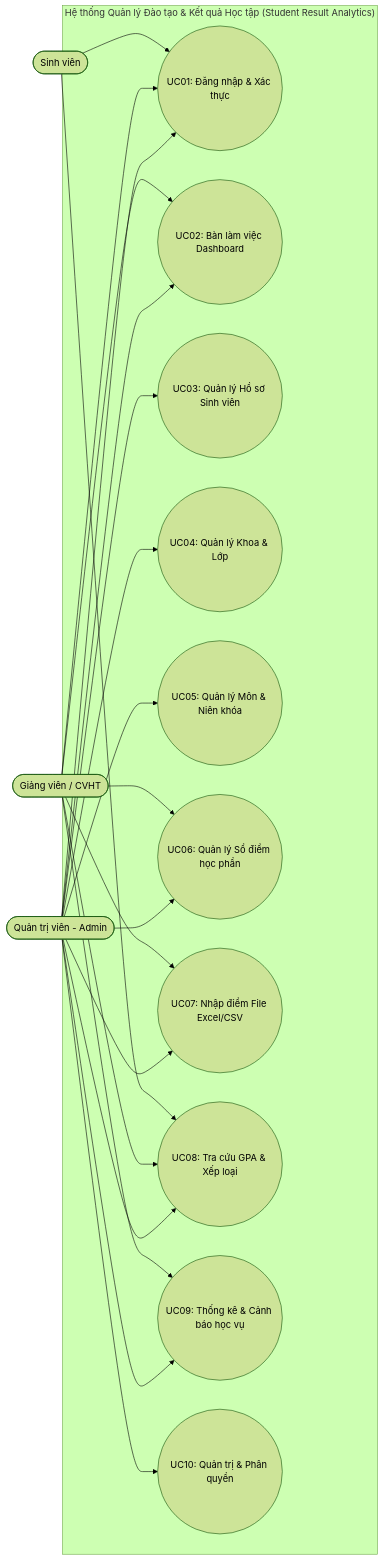
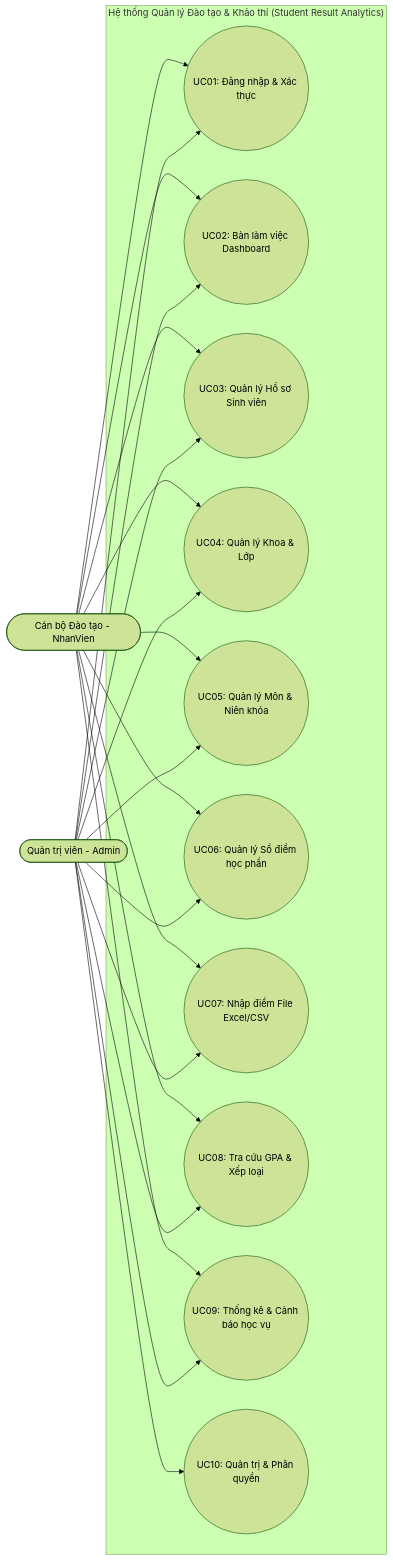
The first of 16 diagrams in BAO_CAO_BAI_TAP_LON_STUDENT_RESULT_ANALYTICS.md (ngthanhs1/STUDENT_RESULT_ANALYTICS), drawn with Mermaid (forest theme) before and after one commit. The commit also changed other lines of this file and 3 other files, not shown here.

````diff
--- a/BAO_CAO_BAI_TAP_LON_STUDENT_RESULT_ANALYTICS.md
+++ b/BAO_CAO_BAI_TAP_LON_STUDENT_RESULT_ANALYTICS.md
@@ -317,40 +317,39 @@
 ```mermaid
 flowchart LR
     Admin([Quản trị viên - Admin])
-    Lecturer([Giảng viên / CVHT])
-    Student([Sinh viên])
+    Staff([Cán bộ Đào tạo - NhanVien])
 
-    subgraph System ["Hệ thống Quản lý Đào tạo & Kết quả Học tập (Student Result Analytics)"]
+    subgraph System ["Hệ thống Quản lý Đào tạo & Khảo thí (Student Result Analytics)"]
         UC01((UC01: Đăng nhập & Xác thực))
         UC02((UC02: Bàn làm việc Dashboard))
         UC03((UC03: Quản lý Hồ sơ Sinh viên))
         UC04((UC04: Quản lý Khoa & Lớp))
         UC05((UC05: Quản lý Môn & Niên khóa))
         UC06((UC06: Quản lý Sổ điểm học phần))
         UC07((UC07: Nhập điểm File Excel/CSV))
         UC08((UC08: Tra cứu GPA & Xếp loại))
         UC09((UC09: Thống kê & Cảnh báo học vụ))
         UC10((UC10: Quản trị & Phân quyền))
     end
 
     Admin --> UC01
     Admin --> UC02
     Admin --> UC03
     Admin --> UC04
     Admin --> UC05
     Admin --> UC06
     Admin --> UC07
     Admin --> UC08
     Admin --> UC09
     Admin --> UC10
 
-    Lecturer --> UC01
-    Lecturer --> UC02
-    Lecturer --> UC06
-    Lecturer --> UC07
-    Lecturer --> UC08
-    Lecturer --> UC09
-
-    Student --> UC01
-    Student --> UC08
+    Staff --> UC01
+    Staff --> UC02
+    Staff --> UC03
+    Staff --> UC04
+    Staff --> UC05
+    Staff --> UC06
+    Staff --> UC07
+    Staff --> UC08
+    Staff --> UC09
 ```
````
